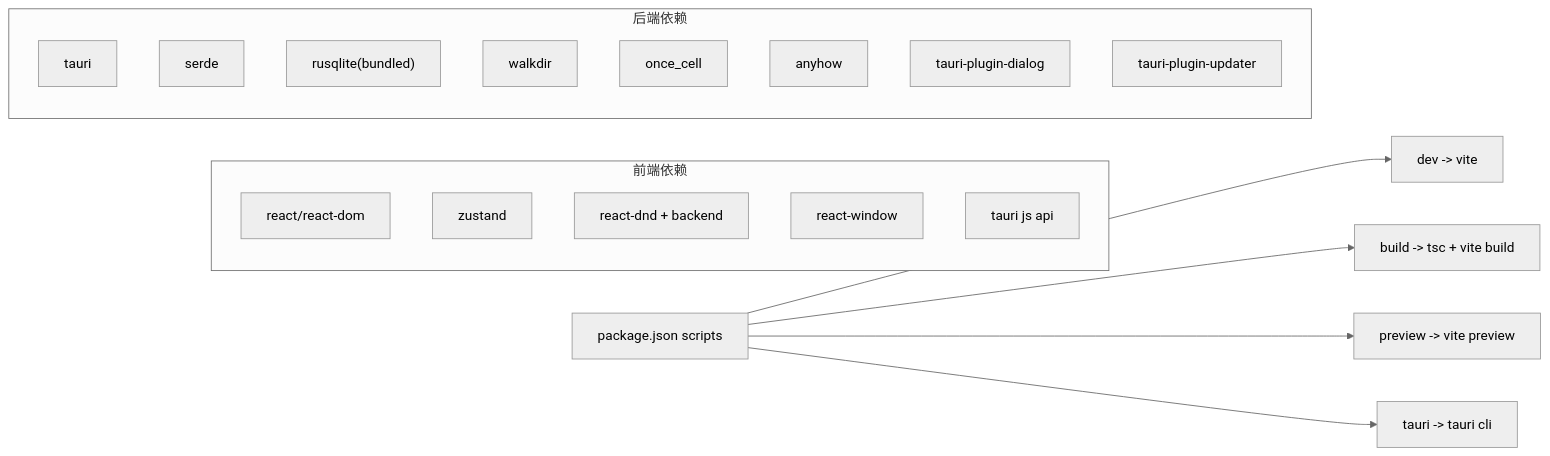
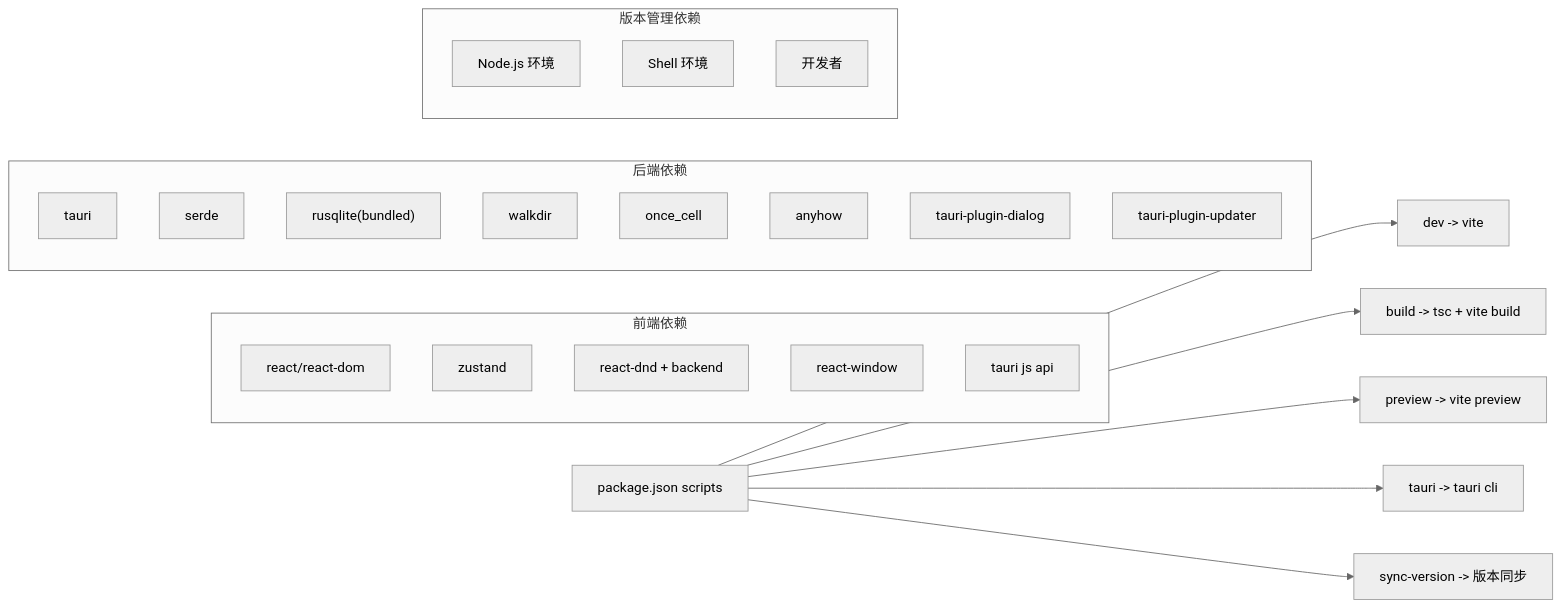
One commit to YLee9527/Medex changed the eighth of 8 diagrams in doc/repowiki/zh/content/部署与发布/构建配置.md. Above: the diagram before and after it, drawn with Mermaid (neutral theme). The commit also changed other lines of this file and 31 other files, not shown here.

First line of the commit message:
docs(doc): 添加部署脚本、锁屏功能、发布指南及设置按钮图标文档

````diff
--- a/doc/repowiki/zh/content/部署与发布/构建配置.md
+++ b/doc/repowiki/zh/content/部署与发布/构建配置.md
@@ -303,24 +435,30 @@
 ```mermaid
 graph LR
 PKG["package.json scripts"] --> DEV["dev -> vite"]
 PKG --> BUILD["build -> tsc + vite build"]
 PKG --> PREVIEW["preview -> vite preview"]
 PKG --> TAURI["tauri -> tauri cli"]
+PKG --> SYNC["sync-version -> 版本同步"]
 subgraph "前端依赖"
 REACT["react/react-dom"]
 ZUSTAND["zustand"]
 DnD["react-dnd + backend"]
 WINDOW["react-window"]
 TAU["tauri js api"]
 end
 subgraph "后端依赖"
 Tauri["tauri"]
 Serde["serde"]
 Sqlite["rusqlite(bundled)"]
 Walk["walkdir"]
 Once["once_cell"]
 Anyhow["anyhow"]
 Dialog["tauri-plugin-dialog"]
 Updater["tauri-plugin-updater"]
 end
+subgraph "版本管理依赖"
+NODE["Node.js 环境"]
+SHELL["Shell 环境"]
+ENDUSER["开发者"]
+end
 ```
````
